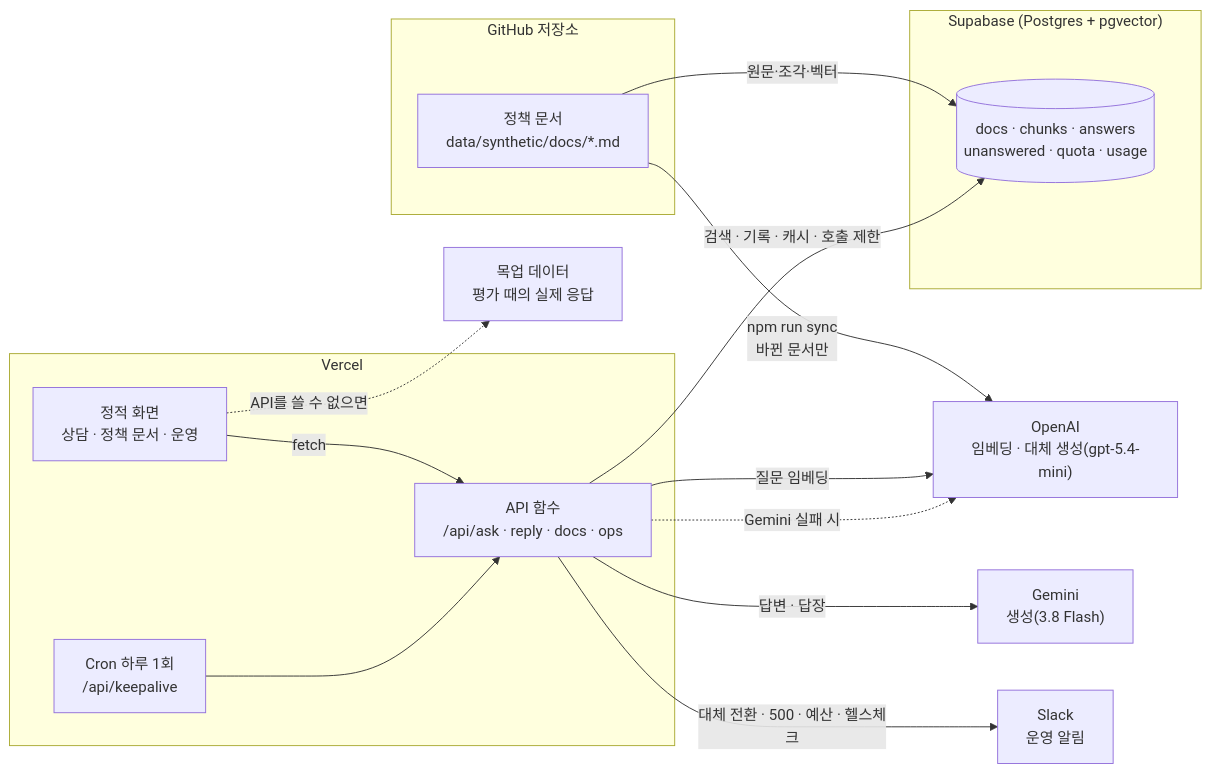
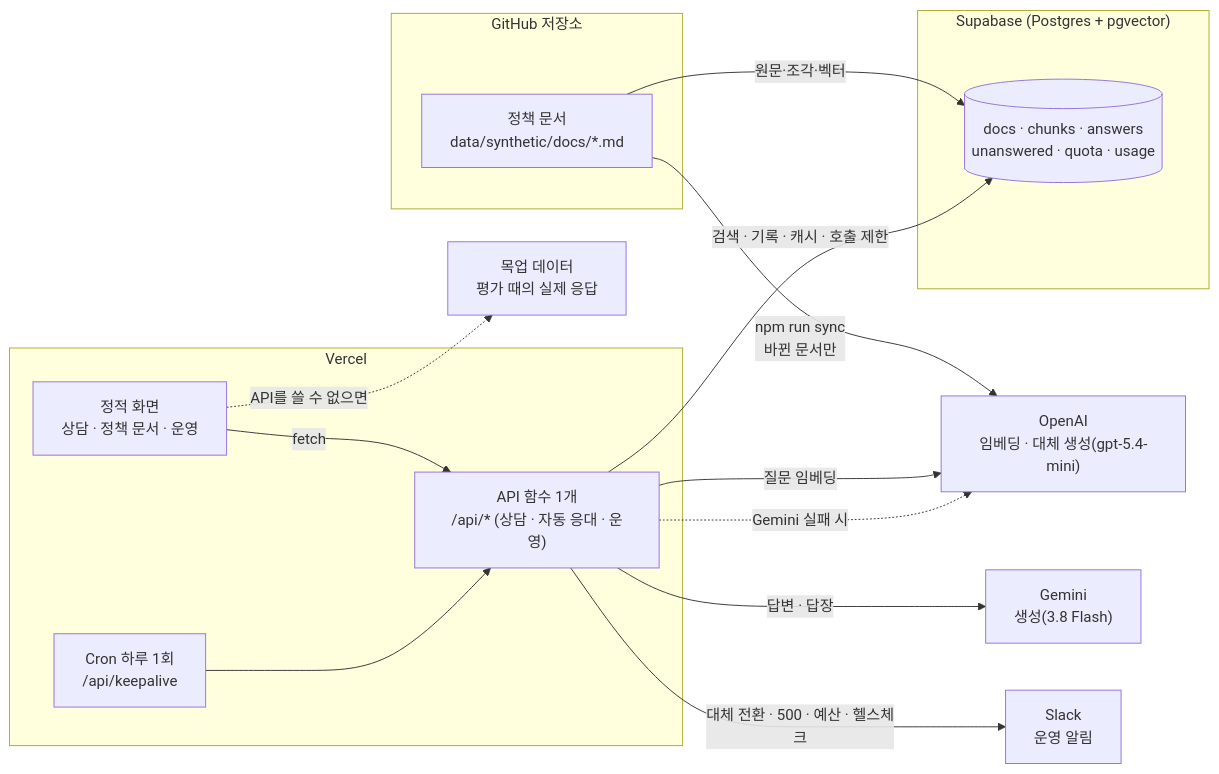
One commit to EXPOIR0405/helpdesk-copilot changed the first of 5 diagrams in architecture.md. Above: the diagram before and after it, drawn with Mermaid. The commit also changed other lines of this file and 1 other file, not shown here.

````diff
--- a/architecture.md
+++ b/architecture.md
@@ -9,31 +9,31 @@
 ```mermaid
 flowchart LR
   subgraph Git["GitHub 저장소"]
     Docs["정책 문서<br/>data/synthetic/docs/*.md"]
   end
 
   subgraph Vercel
     Web["정적 화면<br/>상담 · 정책 문서 · 운영"]
-    API["API 함수<br/>/api/ask · reply · docs · ops"]
+    API["API 함수 1개<br/>/api/* (상담 · 자동 응대 · 운영)"]
     Cron["Cron 하루 1회<br/>/api/keepalive"]
   end
 
   subgraph Supabase["Supabase (Postgres + pgvector)"]
     DB[("docs · chunks · answers<br/>unanswered · quota · usage")]
   end
 
   OpenAI["OpenAI<br/>임베딩 · 대체 생성(gpt-5.4-mini)"]
   Gemini["Gemini<br/>생성(3.8 Flash)"]
   Slack["Slack<br/>운영 알림"]
 
   Docs -- "npm run sync<br/>바뀐 문서만" --> OpenAI
   Docs -- "원문·조각·벡터" --> DB
   Web -- "fetch" --> API
   API -- "검색 · 기록 · 캐시 · 호출 제한" --> DB
   API -- "질문 임베딩" --> OpenAI
   API -- "답변 · 답장" --> Gemini
   API -. "Gemini 실패 시" .-> OpenAI
   API -- "대체 전환 · 500 · 예산 · 헬스체크" --> Slack
   Cron --> API
   Web -. "API를 쓸 수 없으면" .-> Mock["목업 데이터<br/>평가 때의 실제 응답"]
 ```
````
